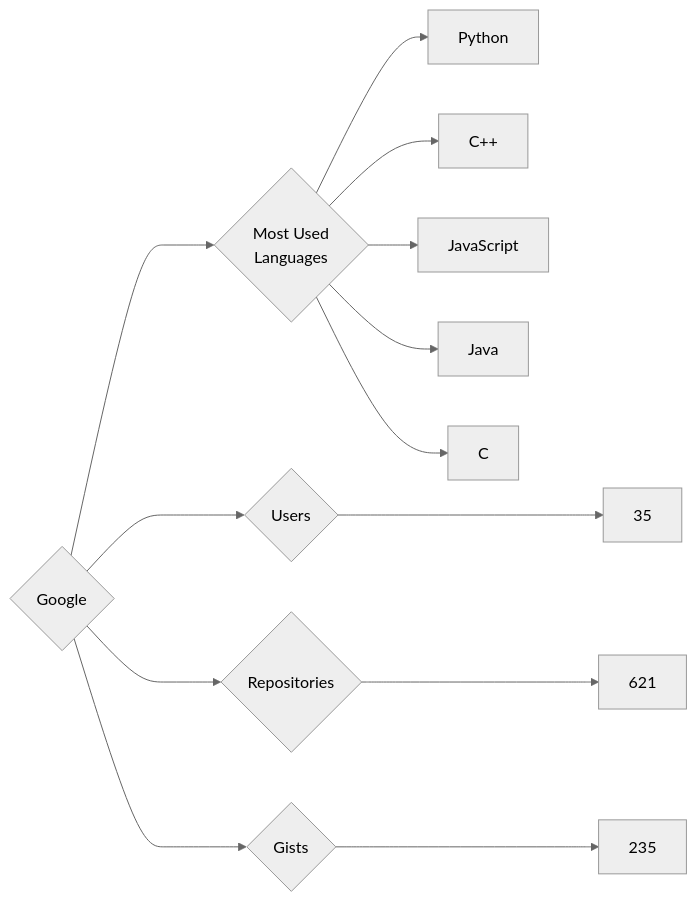
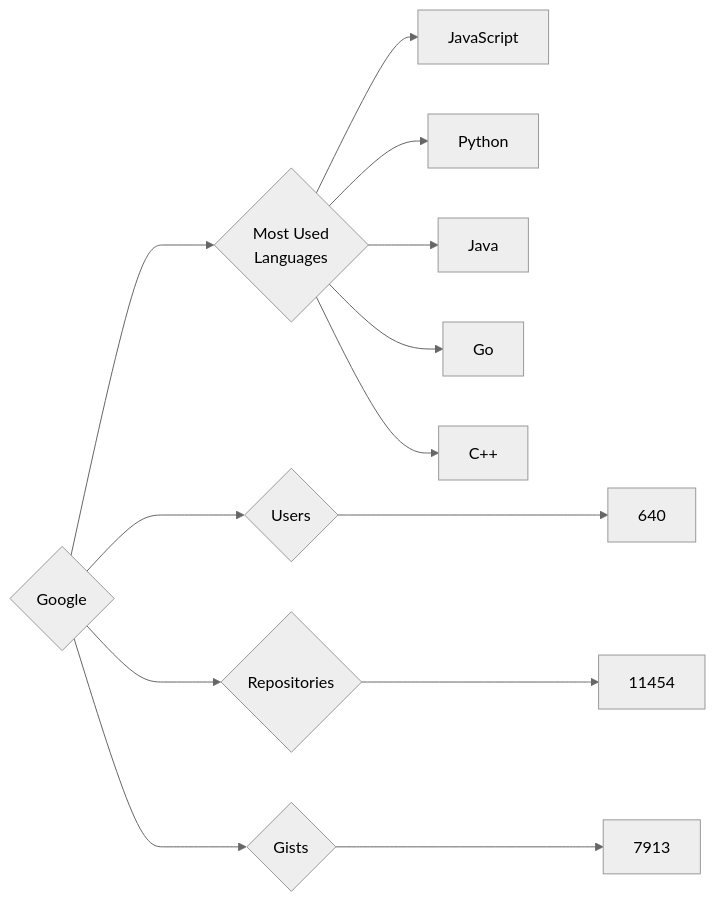
One commit to trickest/insiders changed the diagram in targets/Google/README.md. Above: the diagram before and after it, drawn with Mermaid (neutral theme). The commit also changed 745 other files, not shown here.

````diff
--- a/targets/Google/README.md
+++ b/targets/Google/README.md
@@ -3,13 +3,13 @@
 ```mermaid
 graph LR
 COMPANY_NAME{Google}
-COMPANY_NAME ---> U{Users} ---> UN[35]
-COMPANY_NAME ---> R{Repositories} ---> RN[621]
-COMPANY_NAME ---> G{Gists} ---> GN[235]
+COMPANY_NAME ---> U{Users} ---> UN[640]
+COMPANY_NAME ---> R{Repositories} ---> RN[11454]
+COMPANY_NAME ---> G{Gists} ---> GN[7913]
 COMPANY_NAME ---> ML{Most Used<br>Languages}
+ML --> JavaScript[JavaScript]
 ML --> Python[Python]
+ML --> Java[Java]
+ML --> Go[Go]
 ML --> C++[C++]
-ML --> JavaScript[JavaScript]
-ML --> Java[Java]
-ML --> C[C]
 ```
````
